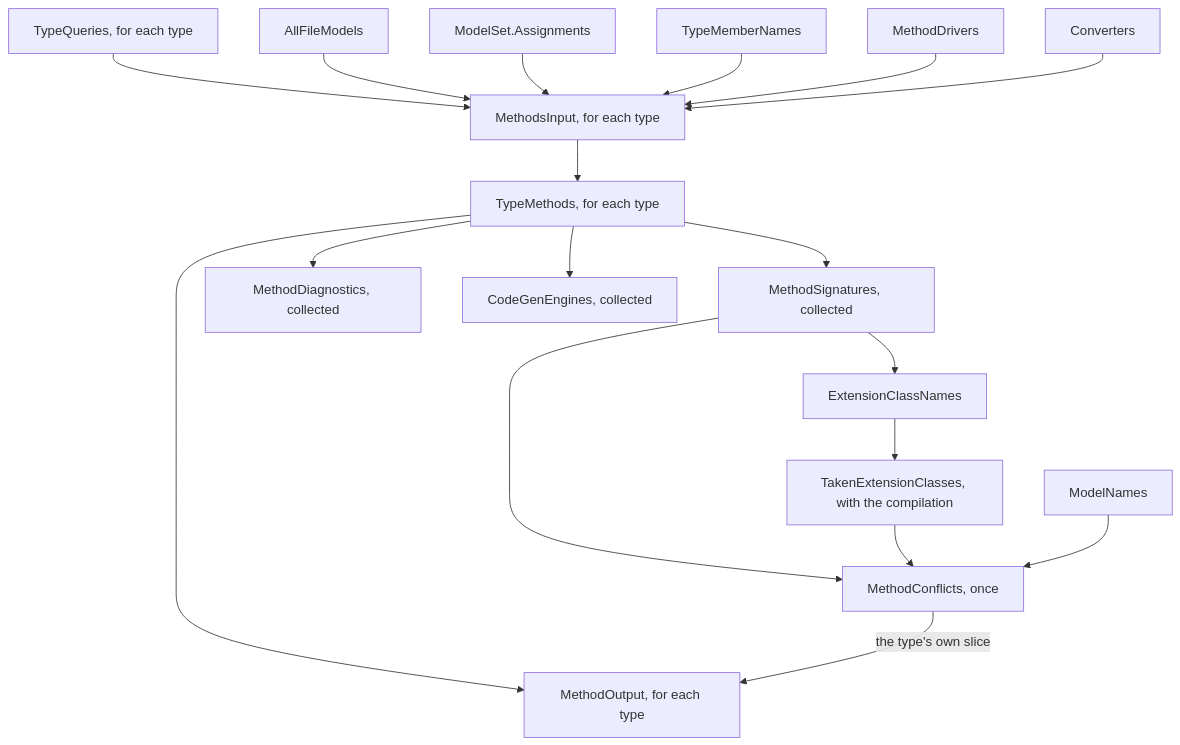
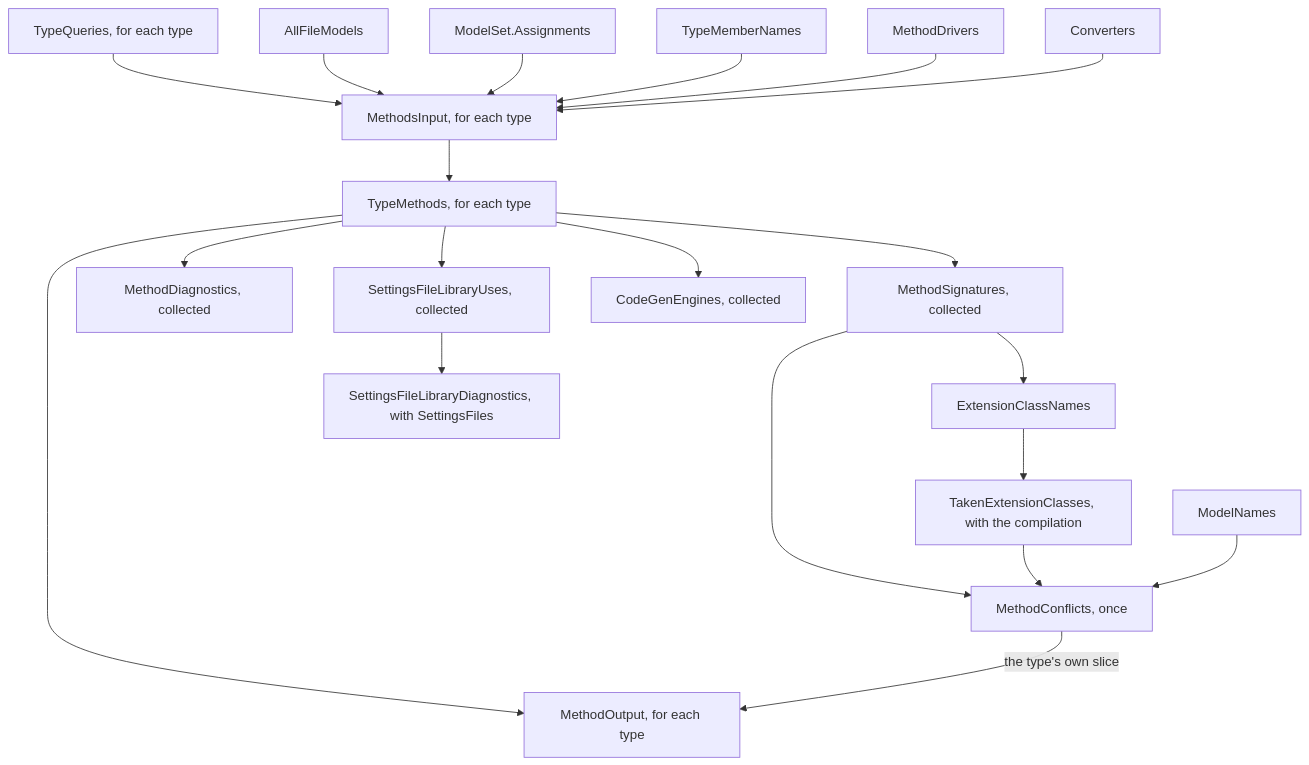
Before and after one commit to mbcrawfo/SqlSource: the third of 3 diagrams in docs/architecture/generator.md, drawn with Mermaid. The commit also changed other lines of this file and 25 other files, not shown here.

First line of the commit message:
fix(settings): keep the positions of libraryTypes members out of the level

````diff
--- a/docs/architecture/generator.md
+++ b/docs/architecture/generator.md
@@ -550,20 +554,22 @@
 ```mermaid
 flowchart TD
     typeQueries["TypeQueries, for each type"] --> input["MethodsInput, for each type"]
     all["AllFileModels"] --> input
     assignments["ModelSet.Assignments"] --> input
     names["TypeMemberNames"] --> input
     drivers["MethodDrivers"] --> input
     converters["Converters"] --> input
     input --> plan["TypeMethods, for each type"]
     plan --> signatures["MethodSignatures, collected"]
     signatures --> classes["ExtensionClassNames"]
     classes --> taken["TakenExtensionClasses, with the compilation"]
     signatures --> conflicts["MethodConflicts, once"]
     taken --> conflicts
     modelNames["ModelNames"] --> conflicts
     plan --> output["MethodOutput, for each type"]
     conflicts -->|"the type's own slice"| output
     plan --> diagnostics["MethodDiagnostics, collected"]
+    plan --> libraryUses["SettingsFileLibraryUses, collected"]
+    libraryUses --> located["SettingsFileLibraryDiagnostics, with SettingsFiles"]
     plan --> engines["CodeGenEngines, collected"]
 ```
````
